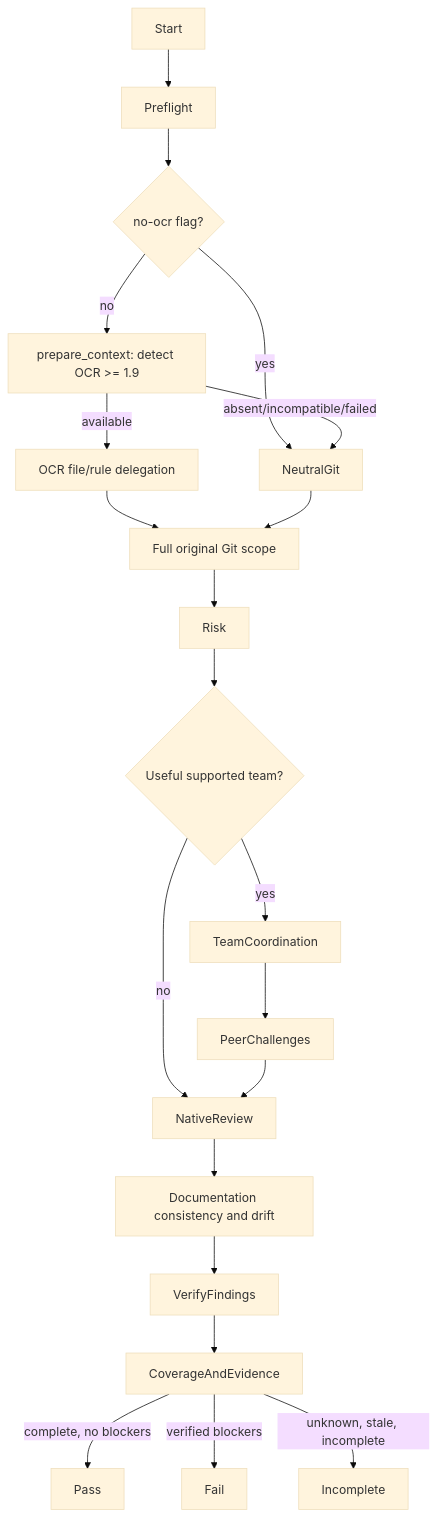
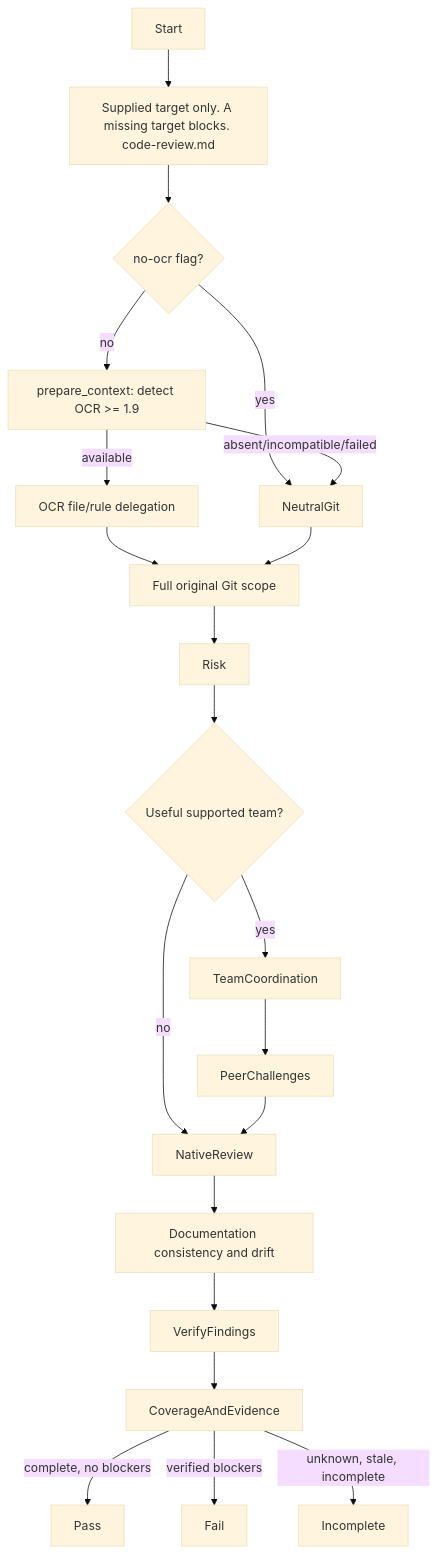
The diagram in contexts/review/skills/review-change/SKILL.md (JadsonLucena/agent-toolkit), drawn with Mermaid (base theme) before and after one commit. The commit also changed 1 other file, not shown here.

Commit message:
docs(review): refuse an assumed base when the review target is missing
Preflight now names the rule that forbids inventing main or a SHA, and a missing target stays a blocker.

````diff
--- a/contexts/review/skills/review-change/SKILL.md
+++ b/contexts/review/skills/review-change/SKILL.md
@@ -29,23 +29,23 @@
 ```mermaid
 flowchart TD
-    Start --> Preflight
+    Start --> Preflight["Supplied target only. A missing target blocks. code-review.md"]
     Preflight --> SkipOCR{no-ocr flag?}
     SkipOCR -->|yes| NeutralGit
     SkipOCR -->|no| OCRFirst[prepare_context: detect OCR >= 1.9]
     OCRFirst -->|available| OCRRules[OCR file/rule delegation]
     OCRFirst -->|absent/incompatible/failed| NeutralGit
     OCRRules --> Scope[Full original Git scope]
     NeutralGit --> Scope
     Scope --> Risk
     Risk --> Mode{Useful supported team?}
     Mode -->|yes| TeamCoordination
     Mode -->|no| NativeReview
     TeamCoordination --> PeerChallenges
     PeerChallenges --> NativeReview
     NativeReview --> DocumentationAssessment[Documentation consistency and drift]
     DocumentationAssessment --> VerifyFindings
     VerifyFindings --> CoverageAndEvidence
     CoverageAndEvidence -->|complete, no blockers| Pass
     CoverageAndEvidence -->|verified blockers| Fail
     CoverageAndEvidence -->|unknown, stale, incomplete| Incomplete
 ```
````
